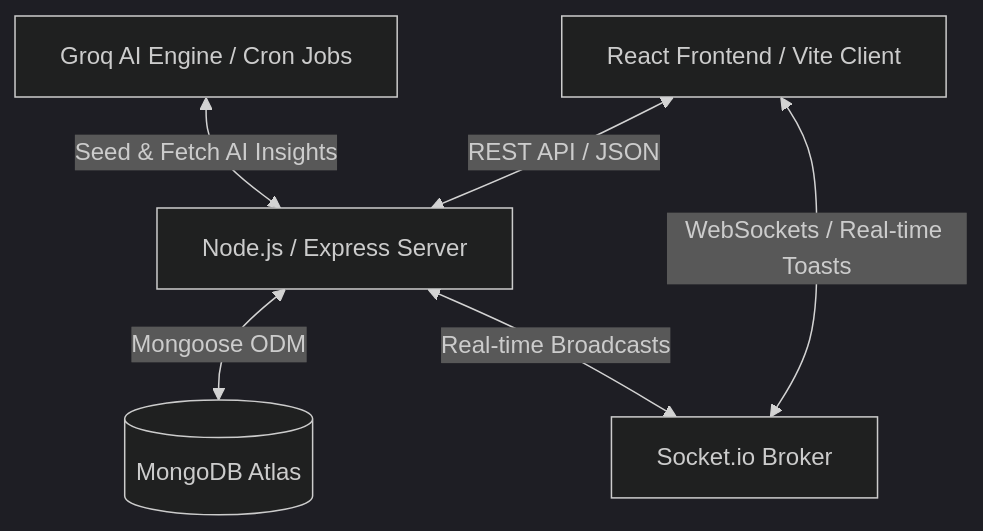
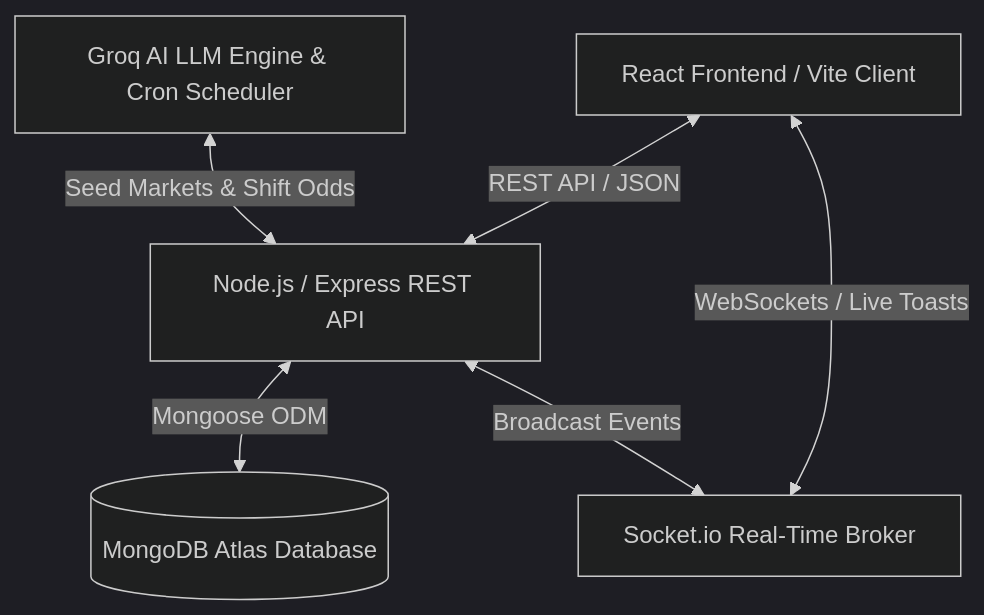
Before and after one commit to Apurvk28/wagr: the diagram in README.md, drawn with Mermaid (dark theme). The commit also changed other lines of this file and 26 other files, not shown here.

````diff
--- a/README.md
+++ b/README.md
@@ -44,14 +69,14 @@
 ```mermaid
 graph TD
     Client[React Frontend / Vite Client]
-    Server[Node.js / Express Server]
-    DB[(MongoDB Atlas)]
-    Socket[Socket.io Broker]
-    AI[Groq AI Engine / Cron Jobs]
+    Server[Node.js / Express REST API]
+    DB[(MongoDB Atlas Database)]
+    Socket[Socket.io Real-Time Broker]
+    AI[Groq AI LLM Engine & Cron Scheduler]
 
     Client <-->|REST API / JSON| Server
-    Client <-->|WebSockets / Real-time Toasts| Socket
+    Client <-->|WebSockets / Live Toasts| Socket
     Server <-->|Mongoose ODM| DB
-    Server <-->|Real-time Broadcasts| Socket
-    AI <-->|Seed & Fetch AI Insights| Server
+    Server <-->|Broadcast Events| Socket
+    AI <-->|Seed Markets & Shift Odds| Server
 ```
````
